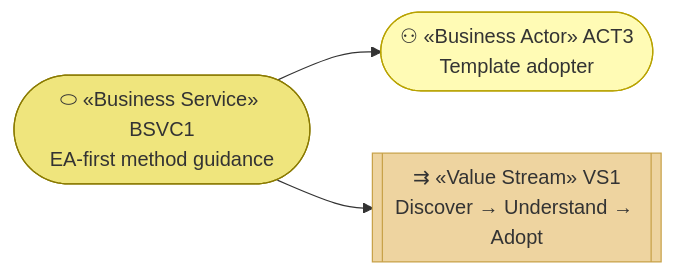
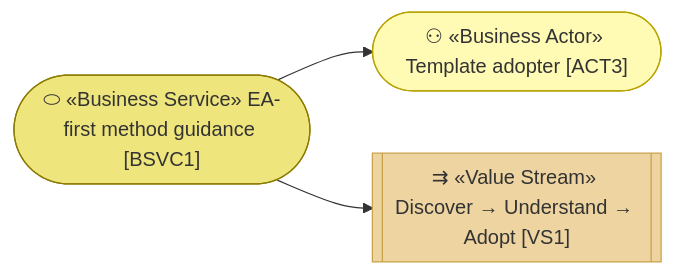
Before and after one commit to roanboc/architecture-archreator: the second of 3 diagrams in product-archreator/site/architecture/2_business/2_business-services.md, drawn with Mermaid. The commit also changed other lines of this file and 38 other files, not shown here.

````diff
--- a/product-archreator/site/architecture/2_business/2_business-services.md
+++ b/product-archreator/site/architecture/2_business/2_business-services.md
@@ -33,13 +33,13 @@
 ```mermaid
 flowchart LR
-  bsvc1(["⬭ «Business Service» BSVC1<br>EA-first method guidance"]):::service
-  act3(["⚇ «Business Actor» ACT3<br>Template adopter"]):::actor
-  vs1[["⇉ «Value Stream» VS1<br>Discover → Understand → Adopt"]]:::stage
+  bsvc1(["⬭ «Business Service» EA-first method guidance [BSVC1]"]):::service
+  act3(["⚇ «Business Actor» Template adopter [ACT3]"]):::actor
+  vs1[["⇉ «Value Stream» Discover → Understand → Adopt [VS1]"]]:::stage
 
   bsvc1 --> act3
   bsvc1 --> vs1
 
   classDef service fill:#efe57d,stroke:#8a7a00,color:#333
   classDef actor fill:#fffbb5,stroke:#b8a200,color:#333
   classDef stage fill:#eed4a0,stroke:#c8a24a,color:#333
 ```
````
